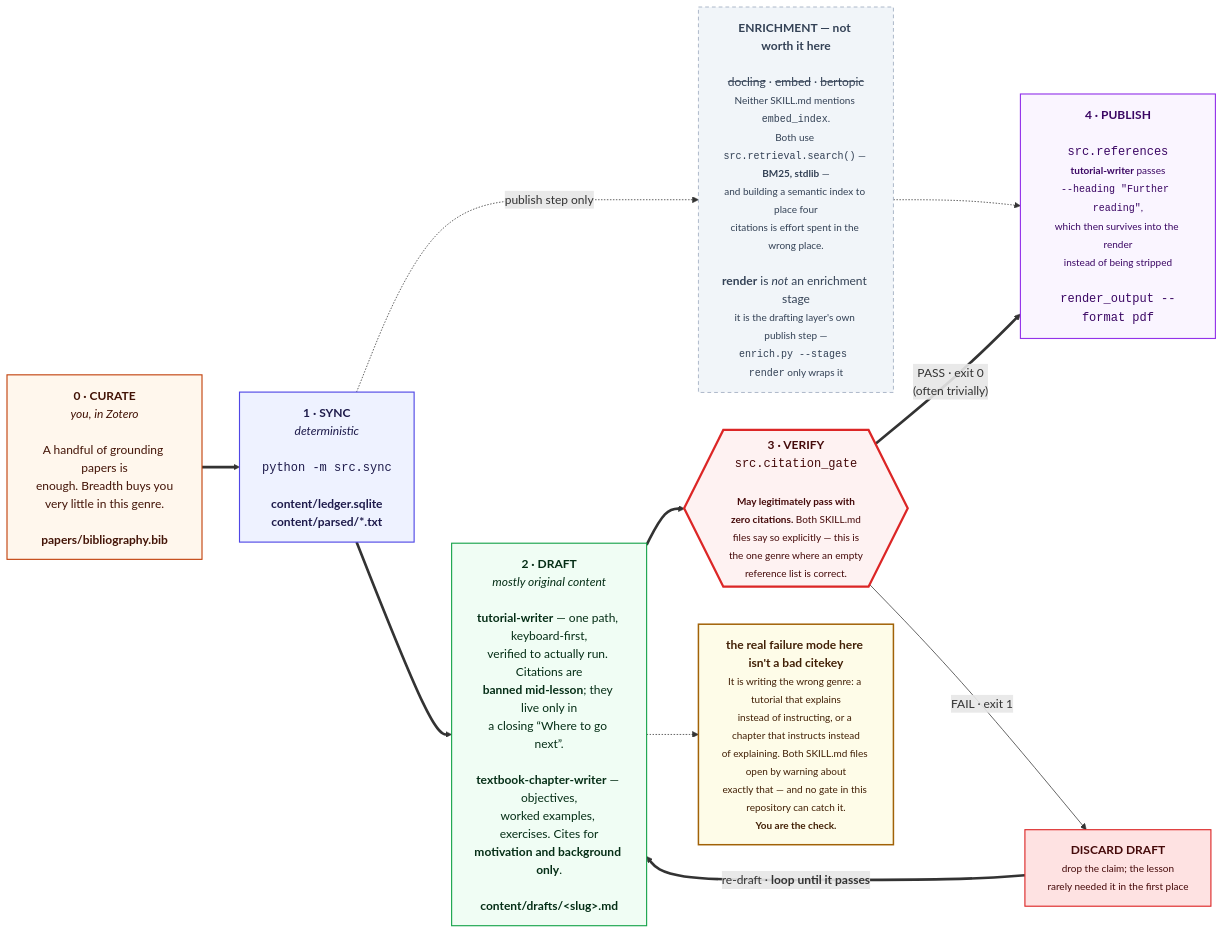
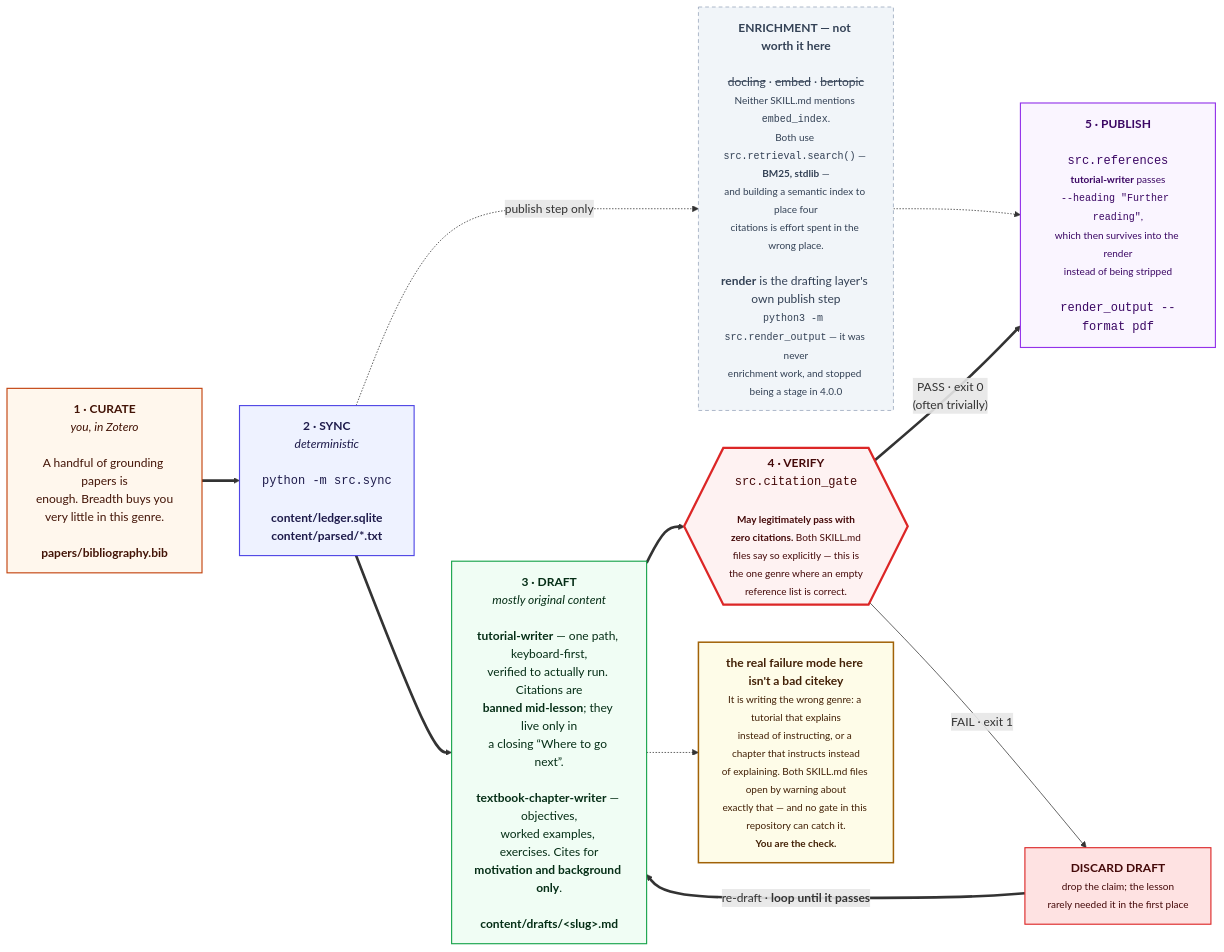
The eighth of 11 diagrams in docs/DIAGRAMS.md (prasadtalasila/chitragupta), drawn with Mermaid before and after one commit. The commit also changed other lines of this file and 55 other files, not shown here.

First line of the commit message:
Give the review aids a layer, a shared per-draft output contract, and two new reports (#125)

````diff
--- a/docs/DIAGRAMS.md
+++ b/docs/DIAGRAMS.md
@@ -706,45 +706,45 @@
 ```mermaid
 flowchart LR
 
-  P0["<b>0 · CURATE</b><br/><i>you, in Zotero</i><br/><br/>A handful of grounding papers is<br/>enough. Breadth buys you<br/>very little in this genre.<br/><br/><b>papers/bibliography.bib</b>"]
+  P0["<b>1 · CURATE</b><br/><i>you, in Zotero</i><br/><br/>A handful of grounding papers is<br/>enough. Breadth buys you<br/>very little in this genre.<br/><br/><b>papers/bibliography.bib</b>"]
 
-  P1["<b>1 · SYNC</b><br/><i>deterministic</i><br/><br/><code>python -m src.sync</code><br/><br/><b>content/ledger.sqlite</b><br/><b>content/parsed/*.txt</b>"]
+  P1["<b>2 · SYNC</b><br/><i>deterministic</i><br/><br/><code>python -m src.sync</code><br/><br/><b>content/ledger.sqlite</b><br/><b>content/parsed/*.txt</b>"]
 
-  HEAVY["<b>ENRICHMENT — not worth it here</b><br/><br/><s>docling</s> · <s>embed</s> · <s>bertopic</s><br/><small>Neither SKILL.md mentions <code>embed_index</code>.<br/>Both use <code>src.retrieval.search()</code> — <b>BM25, stdlib</b> —<br/>and building a semantic index to place four<br/>citations is effort spent in the wrong place.</small><br/><br/><b>render</b> is <i>not</i> an enrichment stage<br/><small>it is the drafting layer's own publish step —<br/><code>enrich.py --stages render</code> only wraps it</small>"]
+  HEAVY["<b>ENRICHMENT — not worth it here</b><br/><br/><s>docling</s> · <s>embed</s> · <s>bertopic</s><br/><small>Neither SKILL.md mentions <code>embed_index</code>.<br/>Both use <code>src.retrieval.search()</code> — <b>BM25, stdlib</b> —<br/>and building a semantic index to place four<br/>citations is effort spent in the wrong place.</small><br/><br/><b>render</b> is the drafting layer's own publish step<br/><small><code>python3 -m src.render_output</code> — it was never<br/>enrichment work, and stopped being a stage in 4.0.0</small>"]
 
-  P2["<b>2 · DRAFT</b><br/><i>mostly original content</i><br/><br/><b>tutorial-writer</b> — one path, keyboard-first,<br/>verified to actually run. Citations are<br/><b>banned mid-lesson</b>; they live only in<br/>a closing “Where to go next”.<br/><br/><b>textbook-chapter-writer</b> — objectives,<br/>worked examples, exercises. Cites for<br/><b>motivation and background only</b>.<br/><br/><b>content/drafts/&lt;slug&gt;.md</b>"]
+  P2["<b>3 · DRAFT</b><br/><i>mostly original content</i><br/><br/><b>tutorial-writer</b> — one path, keyboard-first,<br/>verified to actually run. Citations are<br/><b>banned mid-lesson</b>; they live only in<br/>a closing “Where to go next”.<br/><br/><b>textbook-chapter-writer</b> — objectives,<br/>worked examples, exercises. Cites for<br/><b>motivation and background only</b>.<br/><br/><b>content/drafts/&lt;slug&gt;.md</b>"]
 
-  P3{{"<b>3 · VERIFY</b><br/><code>src.citation_gate</code><br/><br/><small><b>May legitimately pass with<br/>zero citations.</b> Both SKILL.md<br/>files say so explicitly — this is<br/>the one genre where an empty<br/>reference list is correct.</small>"}}
+  P3{{"<b>4 · VERIFY</b><br/><code>src.citation_gate</code><br/><br/><small><b>May legitimately pass with<br/>zero citations.</b> Both SKILL.md<br/>files say so explicitly — this is<br/>the one genre where an empty<br/>reference list is correct.</small>"}}
 
   FIX["<b>DISCARD DRAFT</b><br/><small>drop the claim; the lesson<br/>rarely needed it in the first place</small>"]
 
-  P4["<b>4 · PUBLISH</b><br/><br/><code>src.references</code><br/><small><b>tutorial-writer</b> passes<br/><code>--heading &quot;Further reading&quot;</code>,<br/>which then survives into the render<br/>instead of being stripped</small><br/><br/><code>render_output --format pdf</code>"]
+  P4["<b>5 · PUBLISH</b><br/><br/><code>src.references</code><br/><small><b>tutorial-writer</b> passes<br/><code>--heading &quot;Further reading&quot;</code>,<br/>which then survives into the render<br/>instead of being stripped</small><br/><br/><code>render_output --format pdf</code>"]
 
   RISK["<b>the real failure mode here isn't a bad citekey</b><br/><small>It is writing the wrong genre: a tutorial that explains<br/>instead of instructing, or a chapter that instructs instead<br/>of explaining. Both SKILL.md files open by warning about<br/>exactly that — and no gate in this repository can catch it.<br/><b>You are the check.</b></small>"]
 
   P0 ==> P1 ==> P2 ==> P3
   P1 -. "publish step only" .-> HEAVY
   HEAVY -.-> P4
   P3 == "PASS · exit 0<br/>(often trivially)" ==> P4
   P3 -- "FAIL · exit 1" --> FIX
   FIX == "re-draft · <b>loop until it passes</b>" ==> P2
   P2 -.-> RISK
 
   classDef you fill:#fff7ed,stroke:#c2410c,stroke-width:1.5px,color:#431407
   classDef det fill:#eef2ff,stroke:#4f46e5,stroke-width:1.5px,color:#1e1b4b
   classDef gen fill:#f0fdf4,stroke:#16a34a,stroke-width:1.5px,color:#052e16
   classDef gate fill:#fef2f2,stroke:#dc2626,stroke-width:3px,color:#450a0a
   classDef out fill:#faf5ff,stroke:#9333ea,stroke-width:1.5px,color:#3b0764
   classDef bad fill:#fee2e2,stroke:#dc2626,stroke-width:1.5px,color:#450a0a
   classDef off fill:#f1f5f9,stroke:#94a3b8,stroke-dasharray:5 4,color:#334155
   classDef risk fill:#fefce8,stroke:#a16207,stroke-width:2px,color:#422006
 
   class P0 you
   class P1 det
   class P2 gen
   class P3 gate
   class P4 out
   class FIX bad
   class HEAVY off
   class RISK risk
 ```
````
